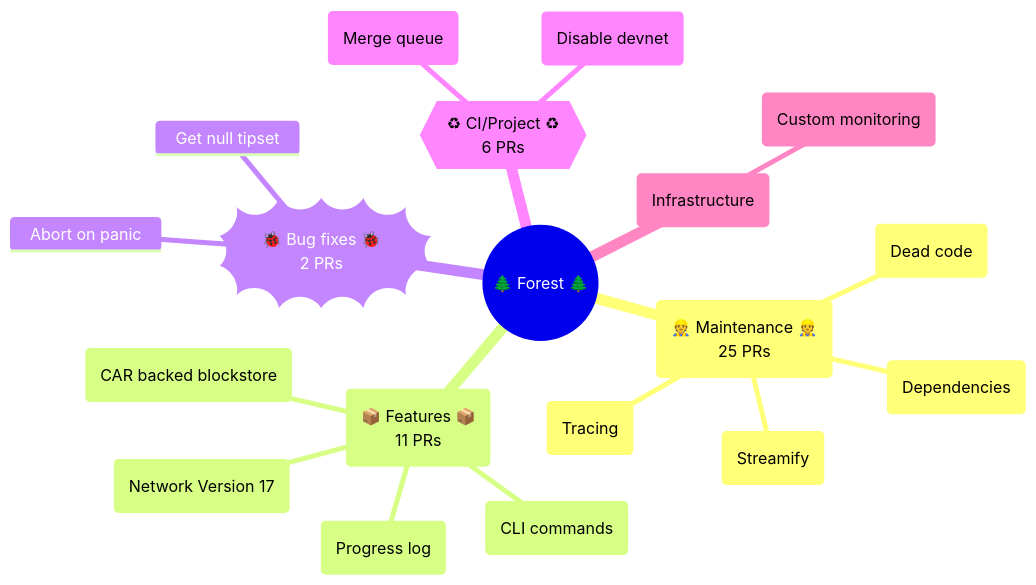
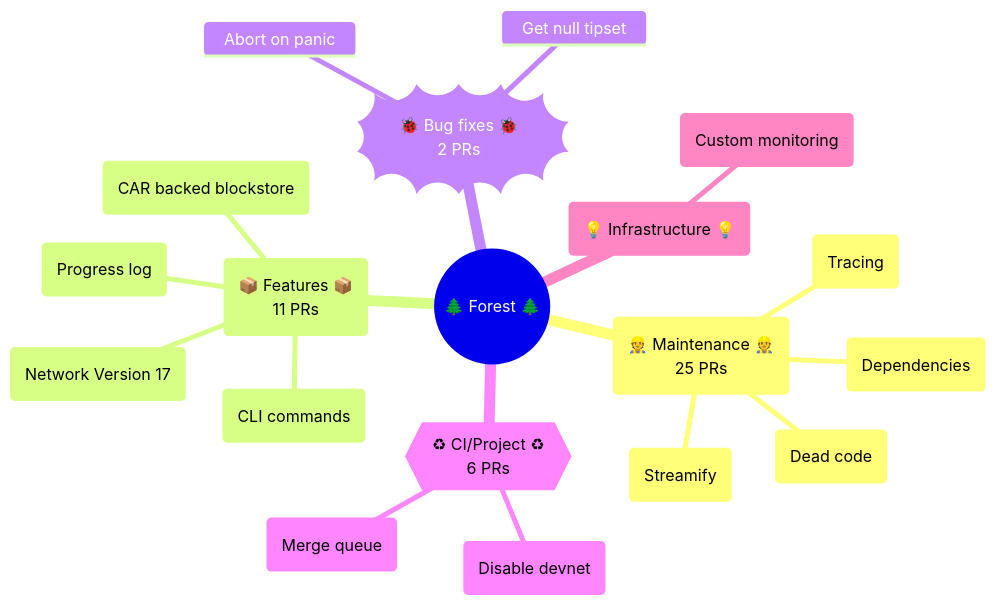
The first of 2 diagrams in documentation/mindmaps/2023-07-14.md (ChainSafe/forest), drawn with Mermaid before and after one commit.

````diff
--- a/documentation/mindmaps/2023-07-14.md
+++ b/documentation/mindmaps/2023-07-14.md
@@ -3,22 +3,22 @@
 ```mermaid
 mindmap
   root((🌲 Forest 🌲))
     id(👷 Maintenance 👷<br>25 PRs)
       (Dead code)
       (Dependencies)
       (Streamify)
       (Tracing)
     id(📦 Features 📦<br>11 PRs)
       (CLI commands)
       (CAR backed blockstore)
       (Network Version 17)
       (Progress log)
     id))🐞 Bug fixes 🐞<br>2 PRs((
       Abort on panic
       Get null tipset
     id{{♻ CI/Project ♻<br>6 PRs}}
       (Merge queue)
       (Disable devnet)
-    id(Infrastructure)
+    id(💡 Infrastructure 💡)
       (Custom monitoring)
 ```
````
